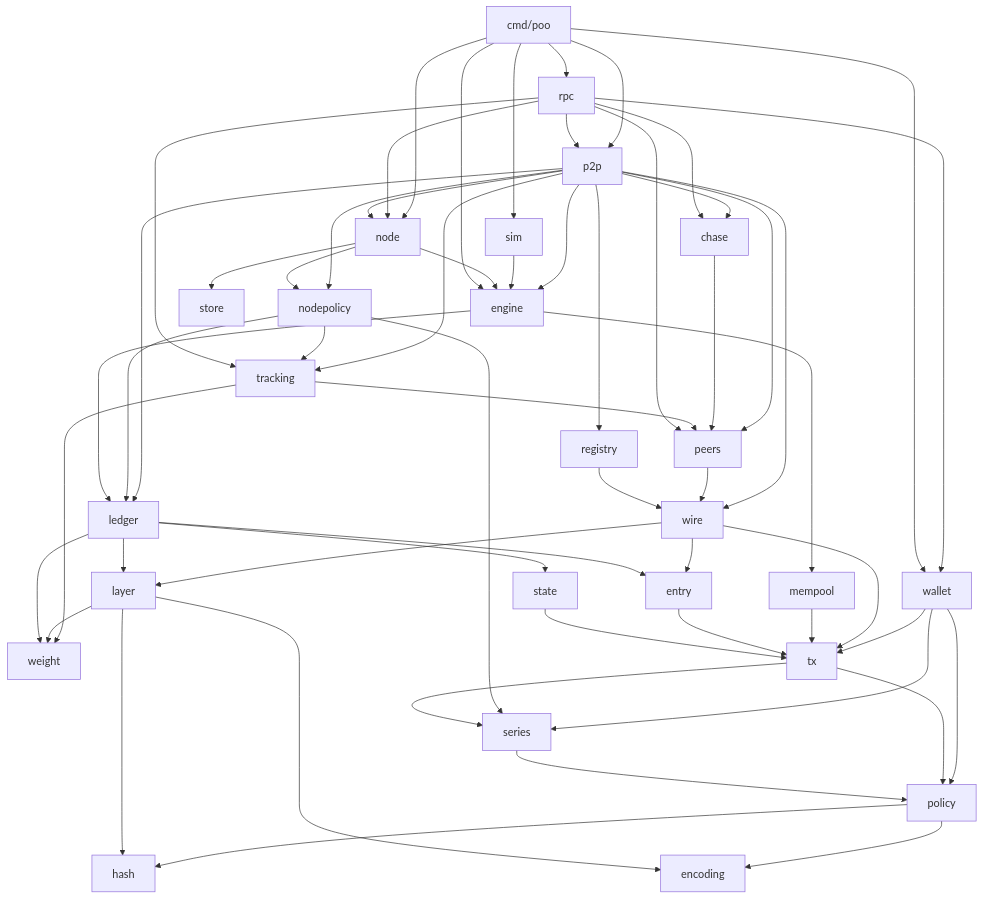
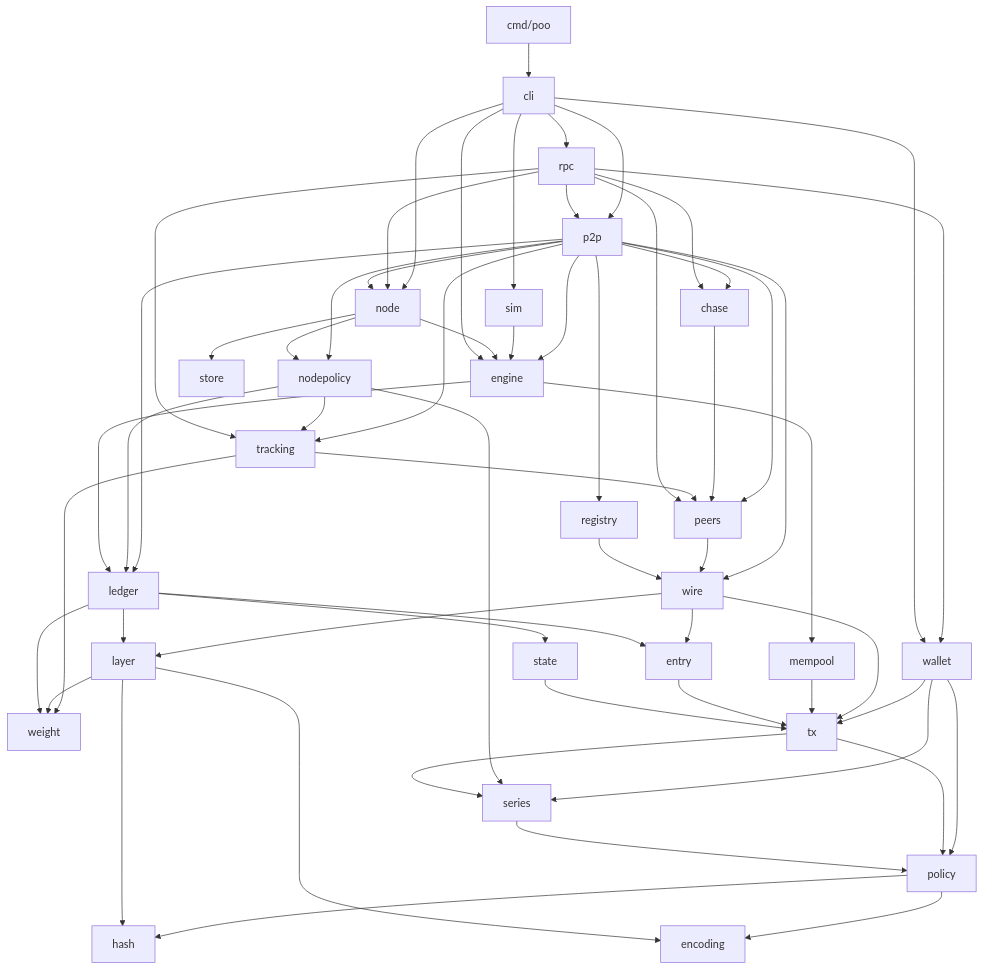
One commit to JogginTheNoggin/crypto-mint-net changed the first of 2 diagrams in docs/architecture.md. Above: the diagram before and after it, drawn with Mermaid. The commit also changed other lines of this file and 22 other files, not shown here.

First line of the commit message:
Move the poo commands into pkg/cli so the GUI can run the same code

````diff
--- a/docs/architecture.md
+++ b/docs/architecture.md
@@ -27,59 +27,60 @@
 ```mermaid
 graph TD
-  cmd[cmd/poo] --> rpc
+  main[cmd/poo] --> cmd
+  cmd[cli] --> rpc
   cmd --> node
   cmd --> p2p
   rpc --> node
   rpc --> p2p
   p2p --> node
   p2p --> wire
   p2p --> engine
   p2p --> ledger
   p2p --> nodepolicy
   p2p --> peers
   p2p --> registry
   p2p --> tracking
   p2p --> chase
   chase --> peers
   tracking --> peers
   tracking --> weight
   nodepolicy --> tracking
   rpc --> tracking
   rpc --> chase
   peers --> wire
   registry --> wire
   rpc --> peers
   rpc --> wallet
   cmd --> wallet
   cmd --> sim
   sim --> engine
   wallet --> policy
   wallet --> tx
   wallet --> series
   wire --> entry
   wire --> layer
   wire --> tx
   node --> engine
   node --> store
   node --> nodepolicy
   nodepolicy --> ledger
   nodepolicy --> series
   cmd --> engine
   engine --> ledger
   engine --> mempool
   ledger --> entry
   ledger --> layer
   ledger --> state
   mempool --> tx
   entry --> tx
   state --> tx
   tx --> series
   tx --> policy
   series --> policy
   layer --> weight
   ledger --> weight
   policy --> hash
   policy --> encoding
   layer --> hash
   layer --> encoding
 ```
````
